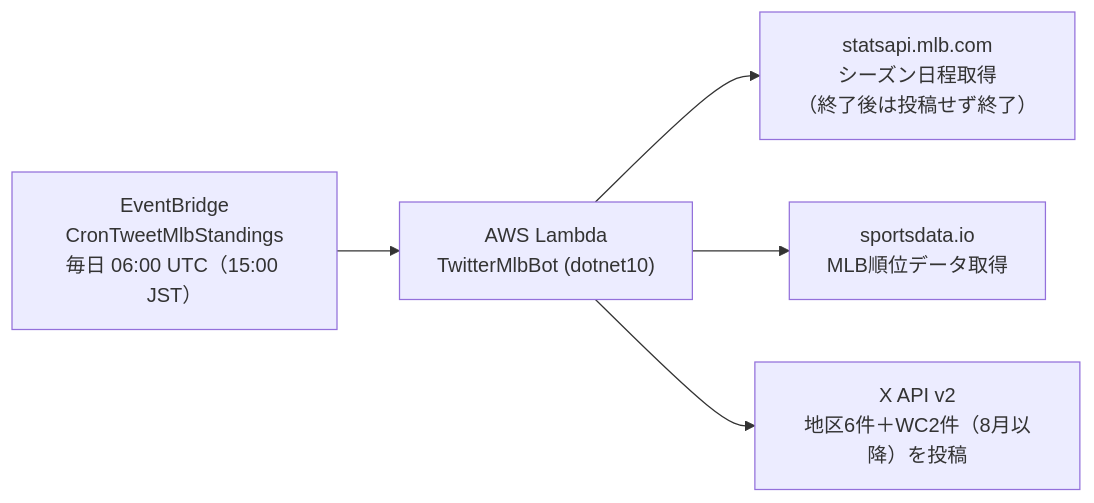
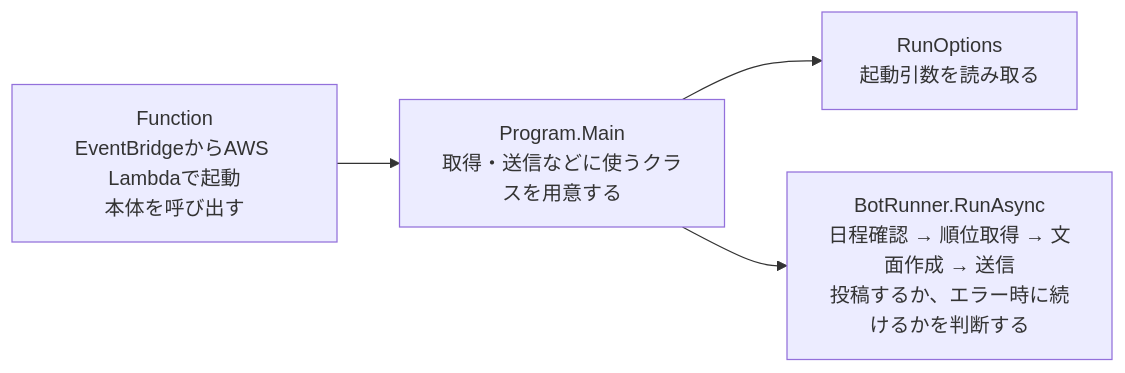
The first of 4 diagrams in README.md (shin4488/MlbBot), drawn with Mermaid before and after one commit. The commit also changed other lines of this file and 1 other file, not shown here.

Commit message:
docs: READMEと開発ガイドを図と役割別に整理

````diff
--- a/README.md
+++ b/README.md
@@ -9,7 +11,10 @@
 ```mermaid
 flowchart LR
-    EB["EventBridge<br>CronTweetMlbStandings<br>毎日 06:00 UTC（15:00 JST）"] --> L["AWS Lambda<br>TwitterMlbBot (dotnet10)"]
-    L --> SA["statsapi.mlb.com<br>シーズン日程取得<br>（終了後は投稿せず終了）"]
-    L --> MLB["sportsdata.io<br>MLB順位データ取得"]
-    L --> X["X API v2<br>地区6件＋WC2件（8月以降）を投稿"]
+    F["Function<br>EventBridgeからAWS Lambdaで起動<br>本体を呼び出す"] --> P["Program.Main<br>取得・送信などに使うクラスを用意する"]
+    P --> O["RunOptions<br>起動引数を読み取る"]
+    P --> R["BotRunner.RunAsync<br>日程確認 → 順位取得 → 文面作成 → 送信<br>投稿するか、エラー時に続けるかを判断する"]
+    click F "TwitterMlbBotExecution/src/TwitterMlbBotExecution/Function.cs"
+    click P "TwitterMlbBot/Program.cs"
+    click O "TwitterMlbBot/RunOptions.cs"
+    click R "TwitterMlbBot/BotRunner.cs"
 ```
````
